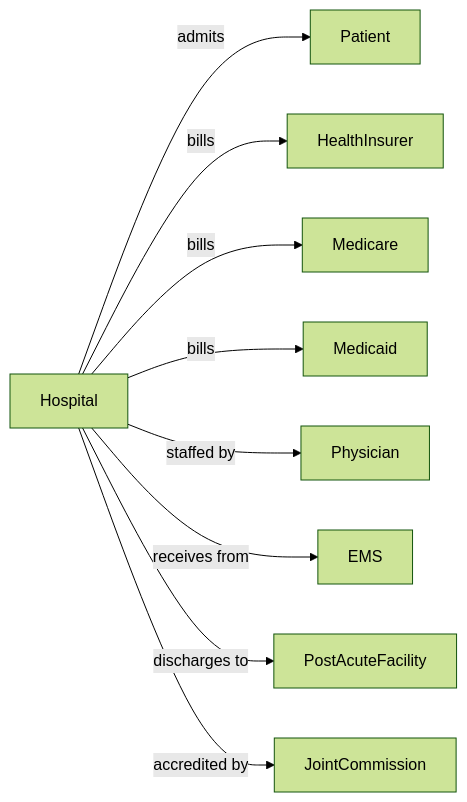
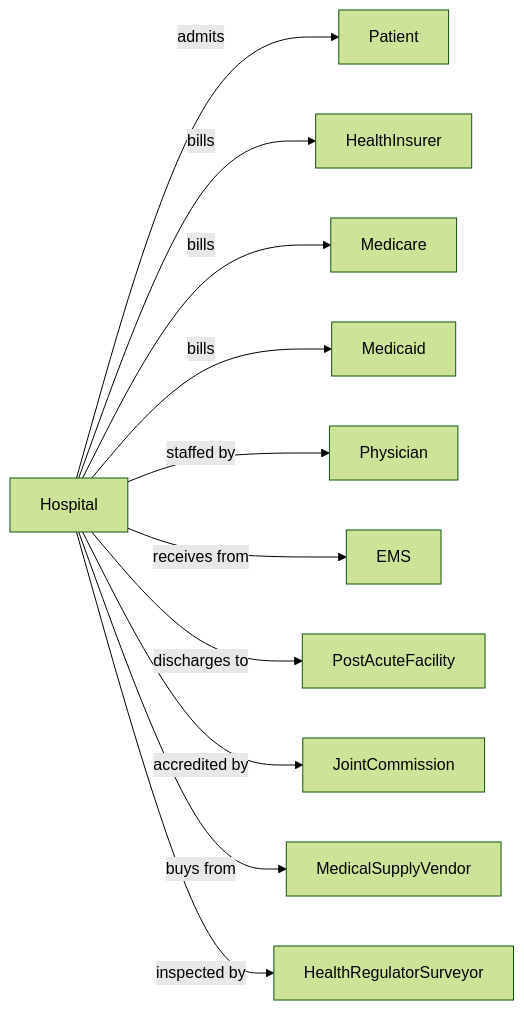
Before and after one commit to dot-org-ai/industries.org.ai: the second of 2 diagrams in HealthCare/Hospitals/GeneralMedicalAndSurgicalHospitals/GeneralMedicalAndSurgicalHospitals.mdx, drawn with Mermaid (forest theme). The commit also changed other lines of this file and 588 other files, not shown here.

````diff
--- a/HealthCare/Hospitals/GeneralMedicalAndSurgicalHospitals/GeneralMedicalAndSurgicalHospitals.mdx
+++ b/HealthCare/Hospitals/GeneralMedicalAndSurgicalHospitals/GeneralMedicalAndSurgicalHospitals.mdx
@@ -150,13 +150,15 @@
 ```mermaid
 graph LR
     H[Hospital]
 
     H -->|admits| Patient
     H -->|bills| HealthInsurer
     H -->|bills| Medicare
     H -->|bills| Medicaid
     H -->|staffed by| Physician
     H -->|receives from| EMS
     H -->|discharges to| PostAcuteFacility
     H -->|accredited by| JointCommission
+    H -->|buys from| MedicalSupplyVendor
+    H -->|inspected by| HealthRegulatorSurveyor
 ```
````
